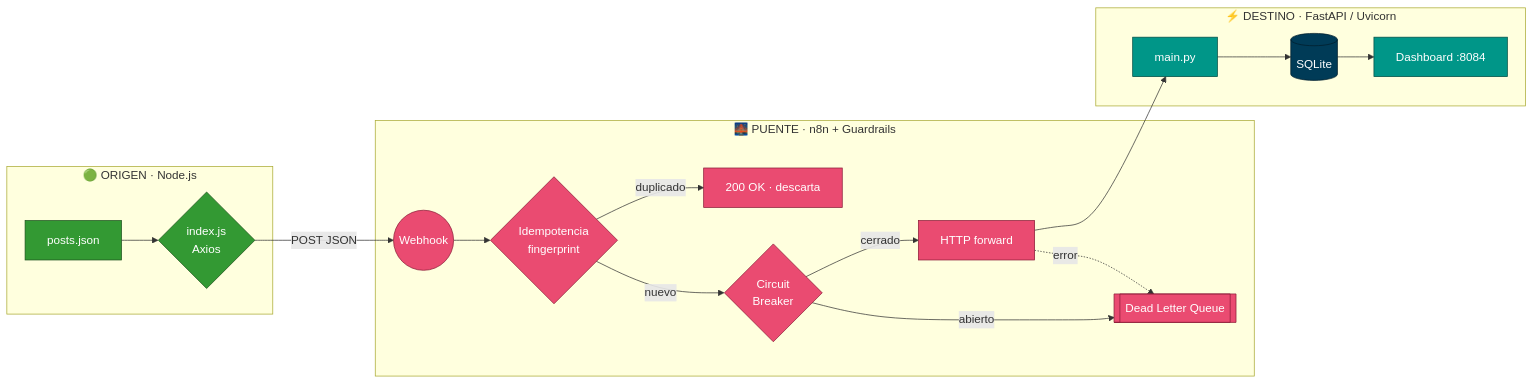
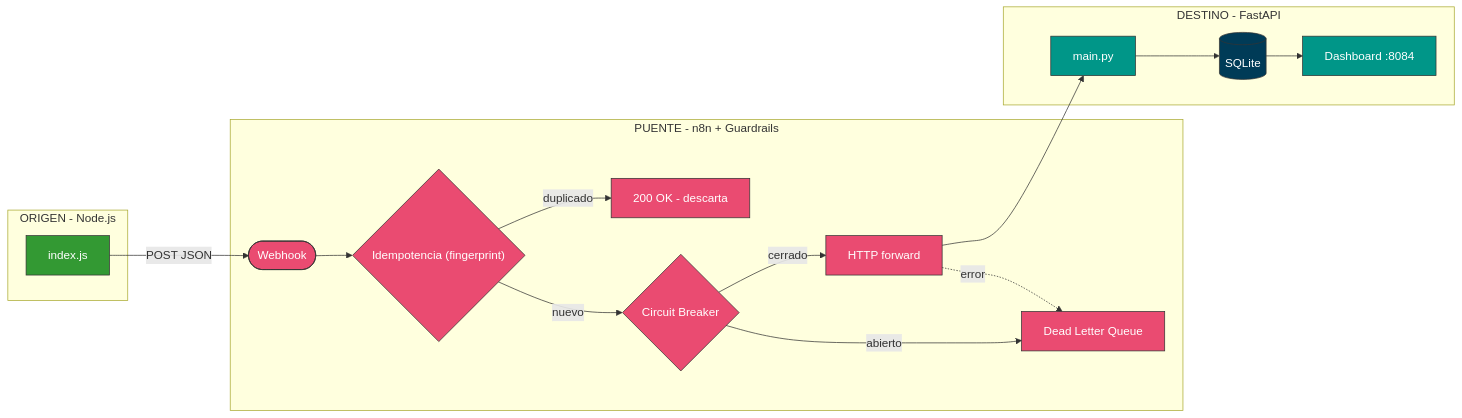
One commit to vladimiracunadev-create/social-bot-scheduler changed the first of 2 diagrams in cases/04-node-to-fastapi/ARCHITECTURE.md. Above: the diagram before and after it, drawn with Mermaid. The commit also changed other lines of this file and 8 other files, not shown here.

First line of the commit message:
fix(diagrams): Mermaid compatible con GitHub (securityLevel strict)

````diff
--- a/cases/04-node-to-fastapi/ARCHITECTURE.md
+++ b/cases/04-node-to-fastapi/ARCHITECTURE.md
@@ -29,32 +29,32 @@
 ```mermaid
 flowchart LR
-    subgraph ORIGIN["🟢 ORIGEN · Node.js"]
-        A[posts.json] --> B{index.js<br/>Axios}
+    subgraph ORIGIN["ORIGEN - Node.js"]
+        B["index.js"]
     end
 
-    subgraph BRIDGE["🌉 PUENTE · n8n + Guardrails"]
-        C((Webhook)) --> IDEM{Idempotencia<br/>fingerprint}
-        IDEM -- duplicado --> DISCARD[200 OK · descarta]
-        IDEM -- nuevo --> CB{Circuit<br/>Breaker}
-        CB -- cerrado --> FWD[HTTP forward]
-        CB -- abierto --> DLQ[[Dead Letter Queue]]
+    subgraph BRIDGE["PUENTE - n8n + Guardrails"]
+        C(["Webhook"]) --> IDEM{"Idempotencia (fingerprint)"}
+        IDEM -->|duplicado| DISCARD["200 OK - descarta"]
+        IDEM -->|nuevo| CBK{"Circuit Breaker"}
+        CBK -->|cerrado| FWD["HTTP forward"]
+        CBK -->|abierto| DLQ["Dead Letter Queue"]
     end
 
-    subgraph DEST["⚡ DESTINO · FastAPI / Uvicorn"]
-        FWD --> H[main.py]
-        H --> DB[(SQLite)]
-        DB --> DASH[Dashboard :8084]
+    subgraph DEST["DESTINO - FastAPI"]
+        FWD --> H["main.py"]
+        H --> DB[("SQLite")]
+        DB --> DASH["Dashboard :8084"]
     end
 
-    B -- POST JSON --> C
-    FWD -. error .-> DLQ
+    B -->|POST JSON| C
+    FWD -.->|error| DLQ
 
-    classDef origin fill:#339933,stroke:#1c521c,color:#fff
-    classDef bridge fill:#EA4B71,stroke:#8c1c38,color:#fff
-    classDef dest fill:#009688,stroke:#004d45,color:#fff
-    classDef db fill:#003B57,stroke:#001d2b,color:#fff
-    class A,B origin
-    class C,IDEM,CB,FWD,DLQ,DISCARD bridge
+    classDef origin fill:#339933,stroke:#333,color:#fff
+    classDef bridge fill:#EA4B71,stroke:#333,color:#fff
+    classDef dest fill:#009688,stroke:#333,color:#fff
+    classDef db fill:#003B57,stroke:#333,color:#fff
+    class B origin
+    class C,IDEM,CBK,FWD,DLQ,DISCARD bridge
     class H,DASH dest
     class DB db
 ```
````
